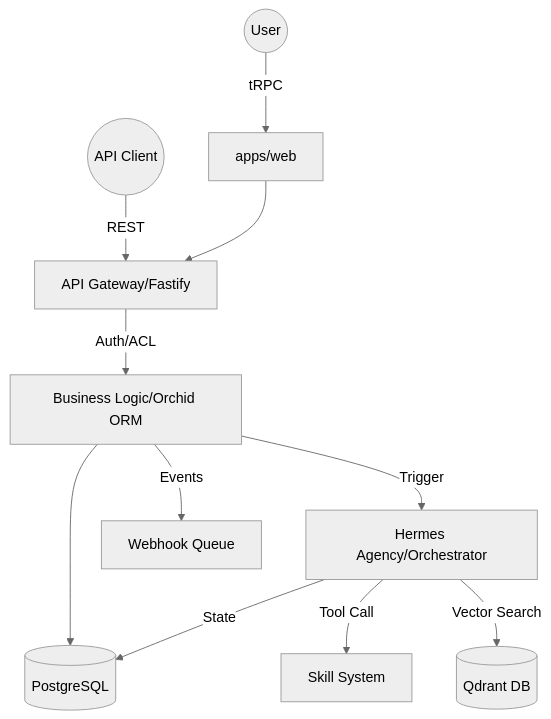
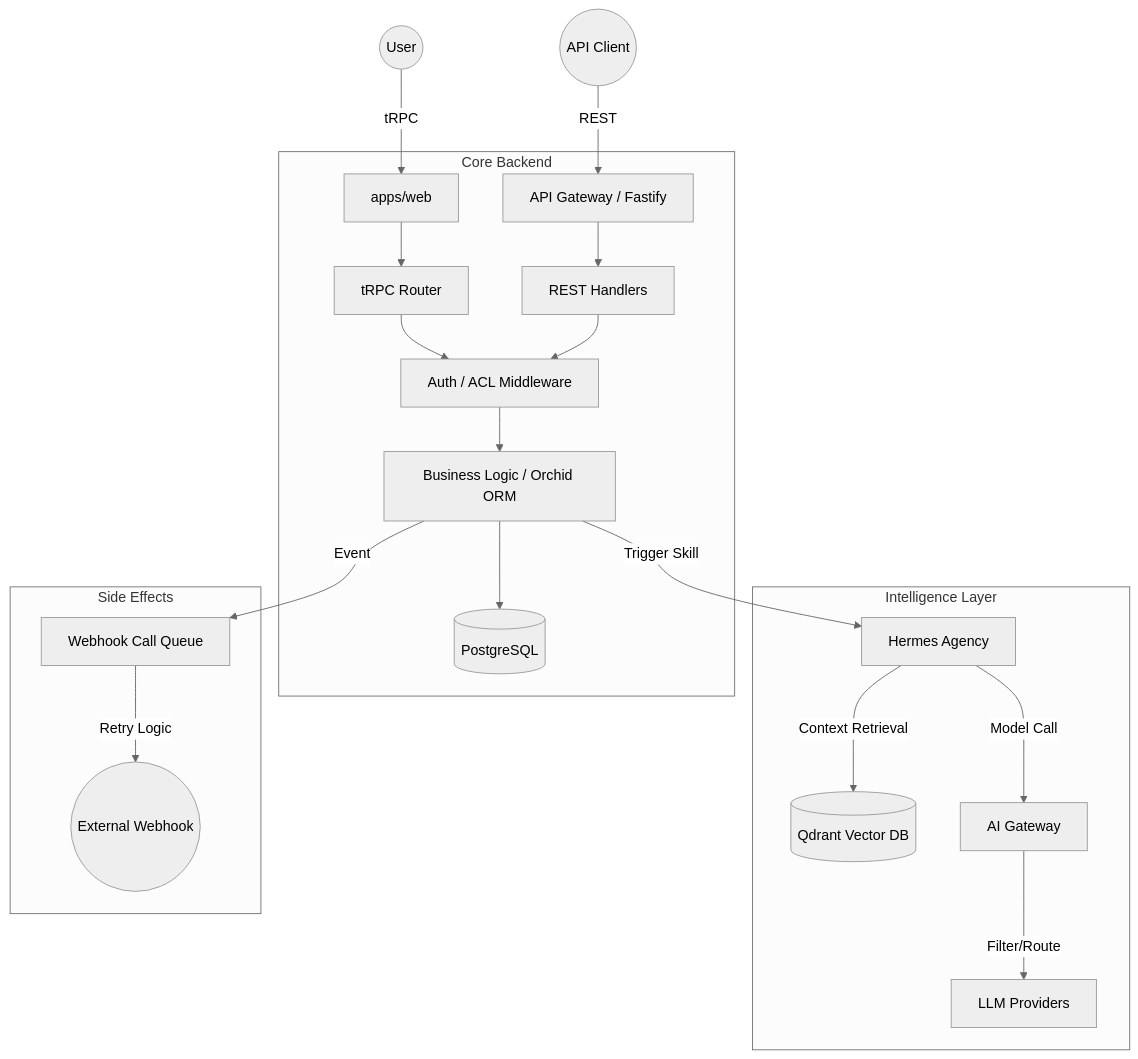
One commit to zapprosite/monorepo changed the diagram in .context/docs/data-flow.md. Above: the diagram before and after it, drawn with Mermaid (neutral theme). The commit also changed other lines of this file and 59 other files, not shown here.

````diff
--- a/.context/docs/data-flow.md
+++ b/.context/docs/data-flow.md
@@ -42,13 +45,25 @@
 ```mermaid
 graph TD
     User((User)) -->|tRPC| WebApp[apps/web]
-    External((API Client)) -->|REST| Gateway[API Gateway/Fastify]
-    WebApp --> Gateway
-    Gateway -->|Auth/ACL| Logic[Business Logic/Orchid ORM]
-    Logic --> DB[(PostgreSQL)]
-    Logic -->|Trigger| Agency[Hermes Agency/Orchestrator]
-    Agency -->|Tool Call| Skills[Skill System]
-    Agency -->|Vector Search| Qdrant[(Qdrant DB)]
-    Agency -->|State| DB
-    Logic -->|Events| Webhook[Webhook Queue]
+    External((API Client)) -->|REST| Gateway[API Gateway / Fastify]
+    
+    subgraph Core Backend
+        WebApp --> Router[tRPC Router]
+        Gateway --> RestRouter[REST Handlers]
+        Router & RestRouter --> Auth[Auth / ACL Middleware]
+        Auth --> Logic[Business Logic / Orchid ORM]
+        Logic --> DB[(PostgreSQL)]
+    end
+
+    subgraph Intelligence Layer
+        Logic -->|Trigger Skill| Agency[Hermes Agency]
+        Agency -->|Context Retrieval| Qdrant[(Qdrant Vector DB)]
+        Agency -->|Model Call| AIGateway[AI Gateway]
+        AIGateway -->|Filter/Route| LLM[LLM Providers]
+    end
+
+    subgraph Side Effects
+        Logic -->|Event| HookQueue[Webhook Call Queue]
+        HookQueue -->|Retry Logic| ExtWebhook((External Webhook))
+    end
 ```
````
